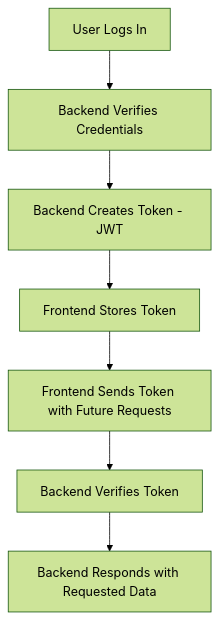
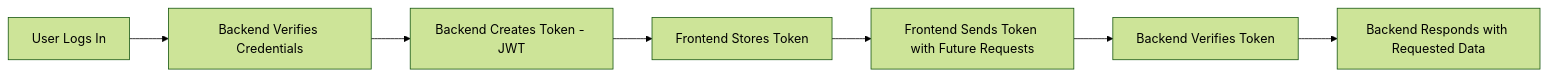
One commit to RudreshShukla592/Cohort-3.0 changed the first of 4 diagrams in js-under-the-hood/article.md. Above: the diagram before and after it, drawn with Mermaid (forest theme).

````diff
--- a/js-under-the-hood/article.md
+++ b/js-under-the-hood/article.md
@@ -26,9 +26,9 @@
 ```mermaid
-flowchart TD
+flowchart LR
     A[User Logs In] --> B[Backend Verifies Credentials]
     B --> C[Backend Creates Token - JWT]
     C --> D[Frontend Stores Token]
     D --> E[Frontend Sends Token with Future Requests]
     E --> F[Backend Verifies Token]
     F --> G[Backend Responds with Requested Data]
 ```
````
